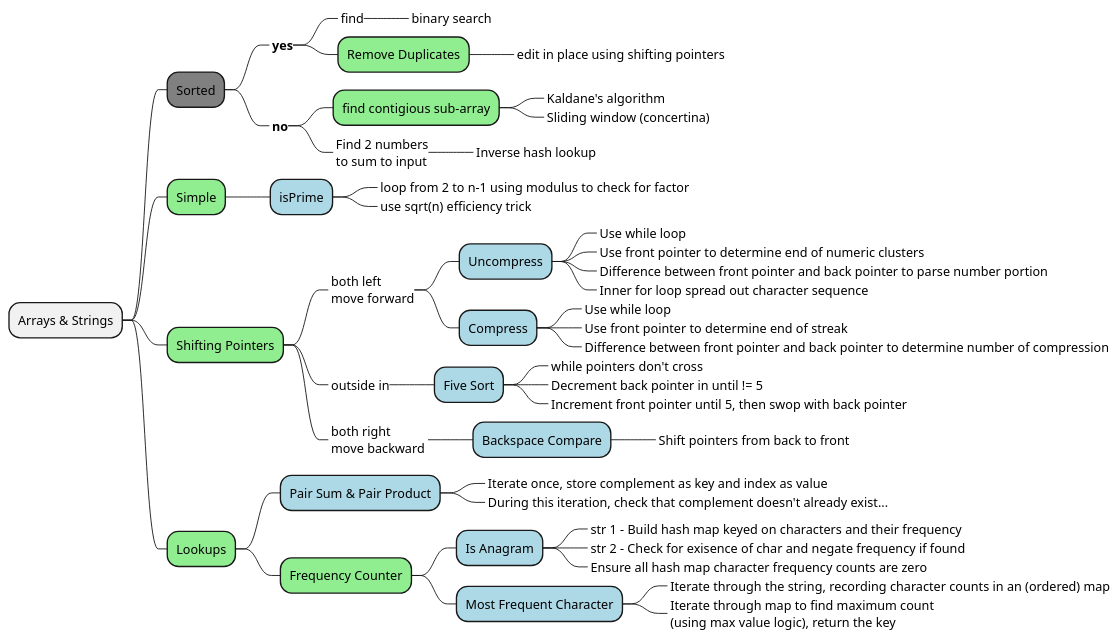
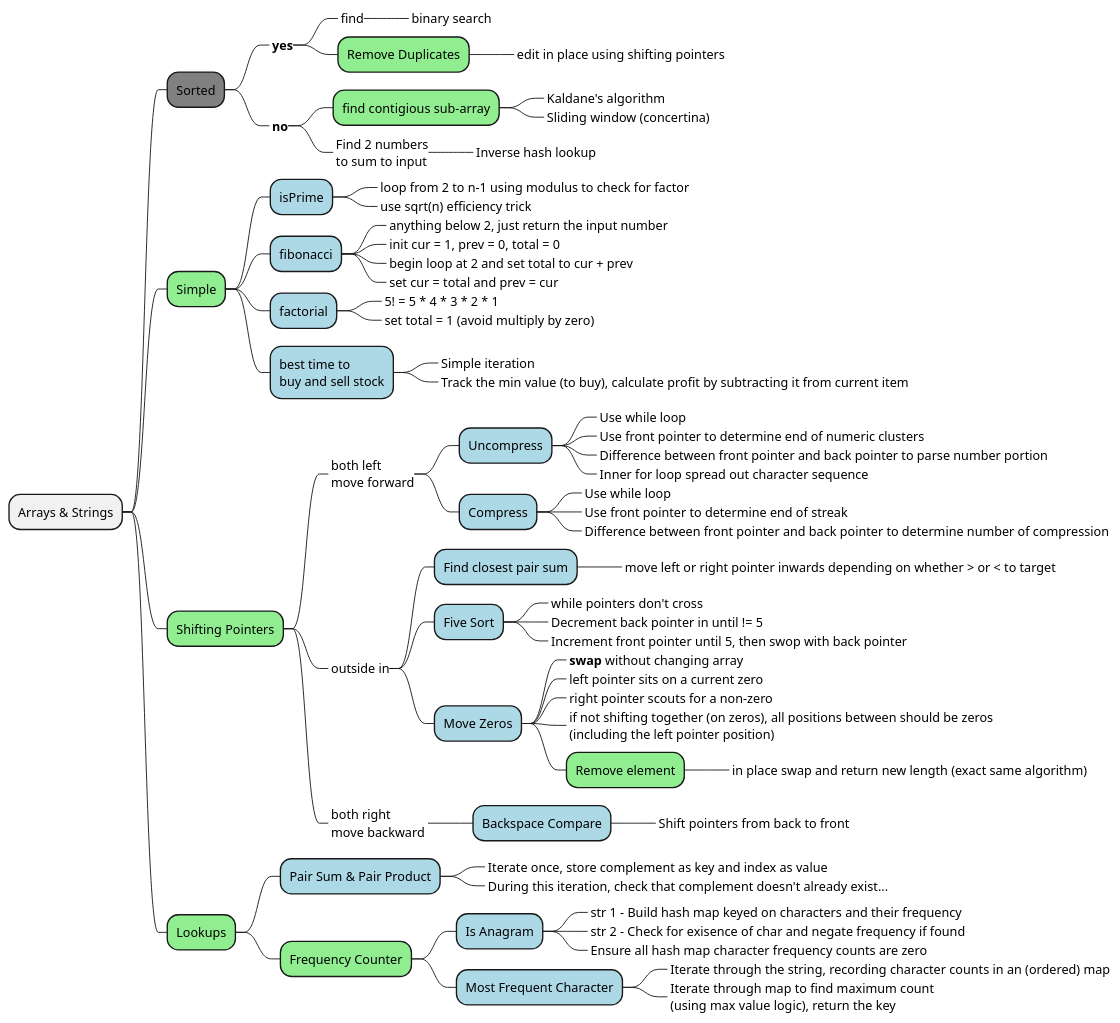
One commit to bobbyache/study-diagrams changed the diagram in alvin/arrays-and-strings.plantuml. Above: the diagram before and after it, drawn with PlantUML. The commit also changed 1 other file, not shown here.

Commit message:
Some more array and string stuff

```diff
--- a/alvin/arrays-and-strings.plantuml
+++ b/alvin/arrays-and-strings.plantuml
@@ -1,57 +1,78 @@
-@startmindmap
+@startmindmap "Arrays and Strings"
 
 + Arrays & Strings
 ++[#grey] Sorted
 +++_ **yes**
 ++++_ find
 +++++_ binary search
 ++++[#lightgreen] Remove Duplicates
 +++++_ edit in place using shifting pointers
 +++_ **no**
 ++++[#lightgreen] find contigious sub-array
 +++++_ Kaldane's algorithm
 +++++_ Sliding window (concertina)
 ++++_ Find 2 numbers\nto sum to input
 +++++_ Inverse hash lookup
 ++[#lightgreen] Simple
 +++[#lightblue] isPrime
 ++++_ loop from 2 to n-1 using modulus to check for factor
 ++++_ use sqrt(n) efficiency trick
++++[#lightblue] fibonacci
+++++_ anything below 2, just return the input number
+++++_ init cur = 1, prev = 0, total = 0
+++++_ begin loop at 2 and set total to cur + prev
+++++_ set cur = total and prev = cur
++++[#lightblue] factorial
+++++_ 5! = 5 * 4 * 3 * 2 * 1
+++++_ set total = 1 (avoid multiply by zero)
++++[#lightblue] best time to\nbuy and sell stock
+++++_ Simple iteration
+++++_ Track the min value (to buy), calculate profit by subtracting it from current item
 
 ++[#lightgreen] Shifting Pointers
 +++_ both left\nmove forward
 ++++[#lightblue] Uncompress
 +++++_ Use while loop
 +++++_ Use front pointer to determine end of numeric clusters
 +++++_ Difference between front pointer and back pointer to parse number portion
 +++++_ Inner for loop spread out character sequence
 ++++[#lightblue] Compress
 +++++_ Use while loop
 +++++_ Use front pointer to determine end of streak
 +++++_ Difference between front pointer and back pointer to determine number of compression
 +++_ outside in
+++++[#lightblue] Find closest pair sum
++++++_ move left or right pointer inwards depending on whether > or < to target
 ++++[#lightblue] Five Sort
 +++++_ while pointers don't cross
 +++++_ Decrement back pointer in until != 5
 +++++_ Increment front pointer until 5, then swop with back pointer
+
+++++[#lightblue] Move Zeros
++++++_ **swap** without changing array
++++++_ left pointer sits on a current zero
++++++_ right pointer scouts for a non-zero
++++++_ if not shifting together (on zeros), all positions between should be zeros\n(including the left pointer position)
++++++[#lightgreen] Remove element
+++++++_ in place swap and return new length (exact same algorithm)
 +++_ both right\nmove backward 
 ++++[#lightblue] Backspace Compare
 +++++_ Shift pointers from back to front
 
 ++[#lightgreen] Lookups
 +++[#lightblue] Pair Sum & Pair Product
 ++++_ Iterate once, store complement as key and index as value
 ++++_ During this iteration, check that complement doesn't already exist...
 
 +++[#lightgreen] Frequency Counter
 ++++[#lightblue] Is Anagram
 +++++_ str 1 - Build hash map keyed on characters and their frequency
 +++++_ str 2 - Check for exisence of char and negate frequency if found
 +++++_ Ensure all hash map character frequency counts are zero
 ++++[#lightblue] Most Frequent Character
 +++++_ Iterate through the string, recording character counts in an (ordered) map
 +++++_ Iterate through map to find maximum count\n(using max value logic), return the key
 
 
 
 @endmindmap
```
